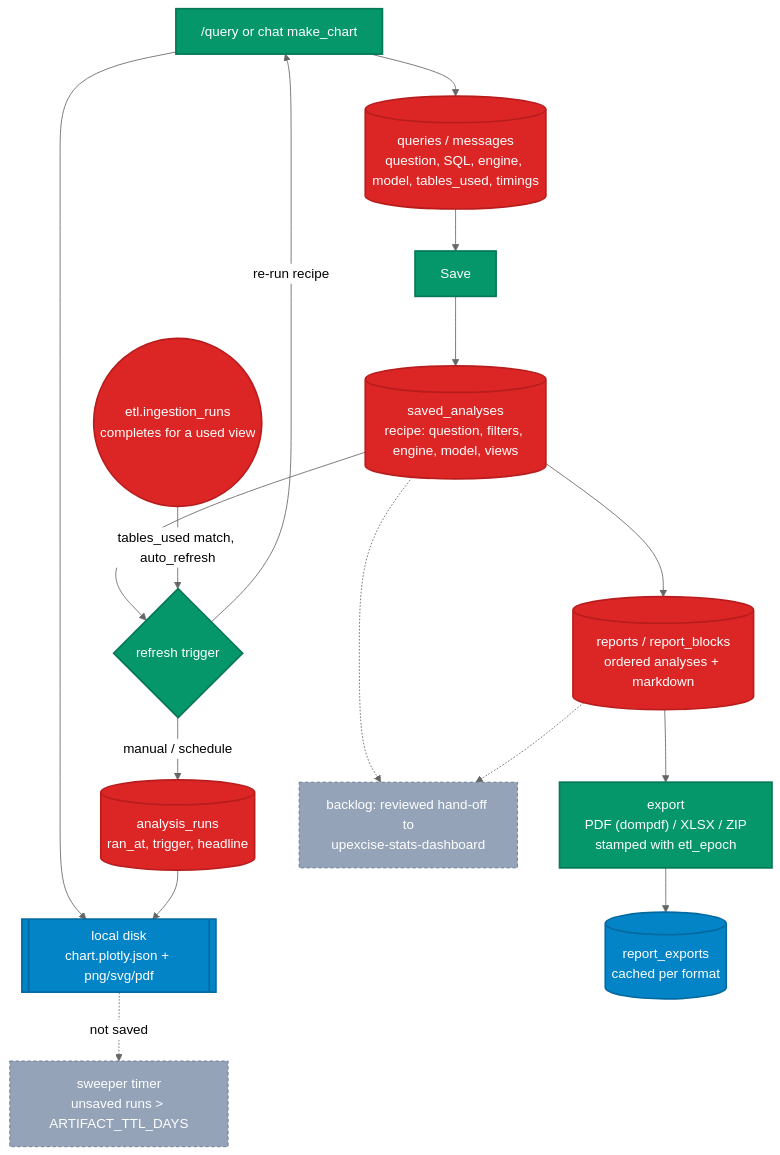
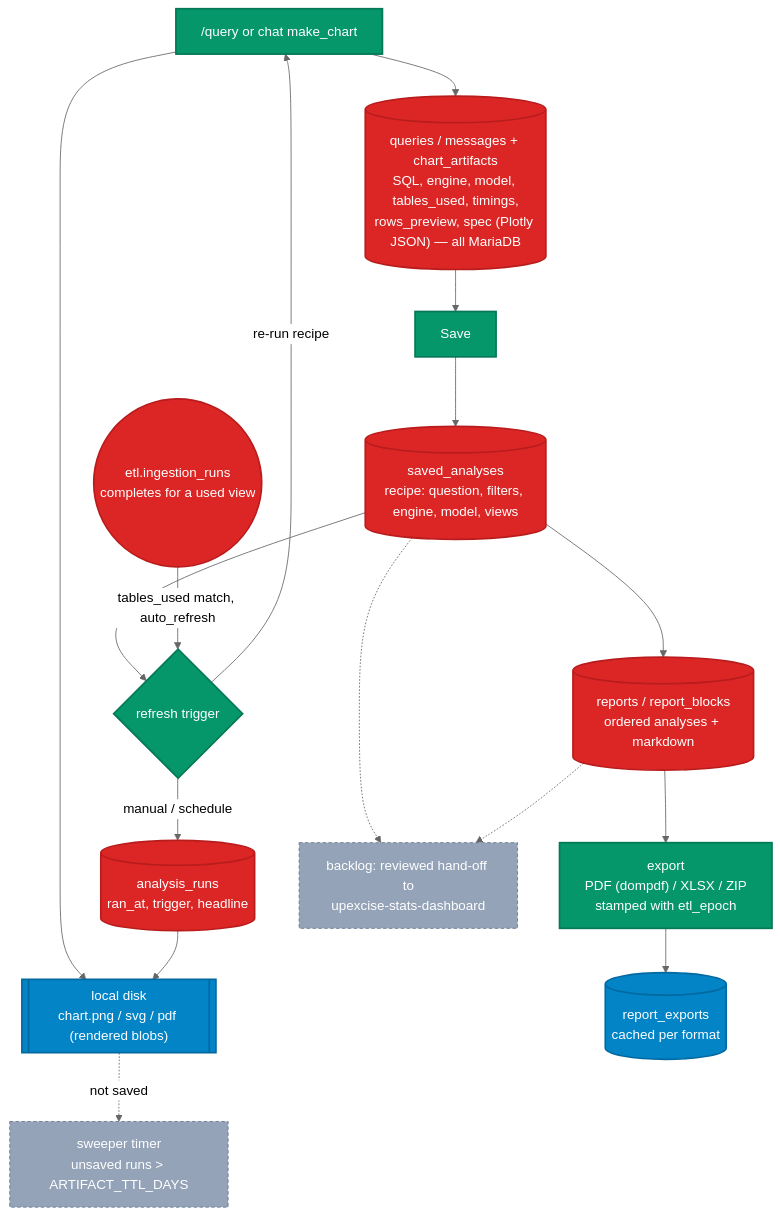
One commit to SubhanRaj/excise-mcp-dashboard changed the sixth of 6 diagrams in ARCHITECTURE.md. Above: the diagram before and after it, drawn with Mermaid (neutral theme). The commit also changed 3 other files, not shown here.

First line of the commit message:
Split output storage: spec + metadata in MariaDB, rendered blobs on disk

````diff
--- a/ARCHITECTURE.md
+++ b/ARCHITECTURE.md
@@ -485,37 +485,37 @@
 ```mermaid
 flowchart TD
     classDef app fill:#059669,stroke:#047857,stroke-width:2px,color:#fff
     classDef db fill:#dc2626,stroke:#b91c1c,stroke-width:2px,color:#fff
     classDef store fill:#0284c7,stroke:#0369a1,stroke-width:2px,color:#fff
     classDef off fill:#94a3b8,stroke:#64748b,stroke-width:1px,color:#fff,stroke-dasharray:4 3
 
     Run["/query or chat make_chart"]:::app
-    Q[("queries / messages<br/>question, SQL, engine, model, tables_used, timings")]:::db
-    Files[["local disk<br/>chart.plotly.json + png/svg/pdf"]]:::store
+    Q[("queries / messages + chart_artifacts<br/>SQL, engine, model, tables_used, timings,<br/>rows_preview, spec (Plotly JSON) — all MariaDB")]:::db
+    Files[["local disk<br/>chart.png / svg / pdf (rendered blobs)"]]:::store
     Sweep["sweeper timer<br/>unsaved runs &gt; ARTIFACT_TTL_DAYS"]:::off
 
     Save["Save"]:::app
     SA[("saved_analyses<br/>recipe: question, filters, engine, model, views")]:::db
     Refresh{"refresh trigger"}:::app
     AR[("analysis_runs<br/>ran_at, trigger, headline")]:::db
     ETL(("etl.ingestion_runs<br/>completes for a used view")):::db
 
     Rep[("reports / report_blocks<br/>ordered analyses + markdown")]:::db
     Exp["export<br/>PDF (dompdf) / XLSX / ZIP<br/>stamped with etl_epoch"]:::app
     RE[("report_exports<br/>cached per format")]:::store
     Pub["backlog: reviewed hand-off to<br/>upexcise-stats-dashboard"]:::off
 
     Run --> Q
     Run --> Files
     Files -.->|"not saved"| Sweep
     Q --> Save --> SA
     SA --> Refresh
     Refresh -->|manual / schedule| AR
     ETL -->|"tables_used match, auto_refresh"| Refresh
     Refresh -->|re-run recipe| Run
     AR --> Files
     SA --> Rep
     Rep --> Exp --> RE
     SA -.-> Pub
     Rep -.-> Pub
 ```
````
